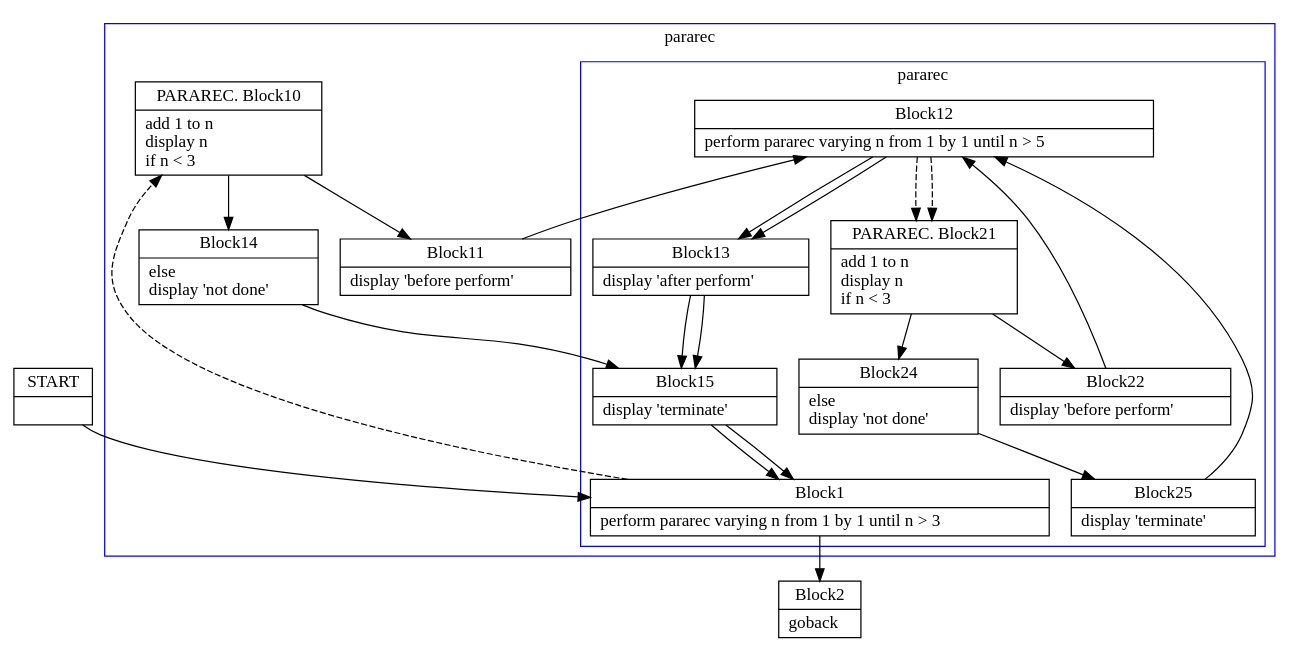
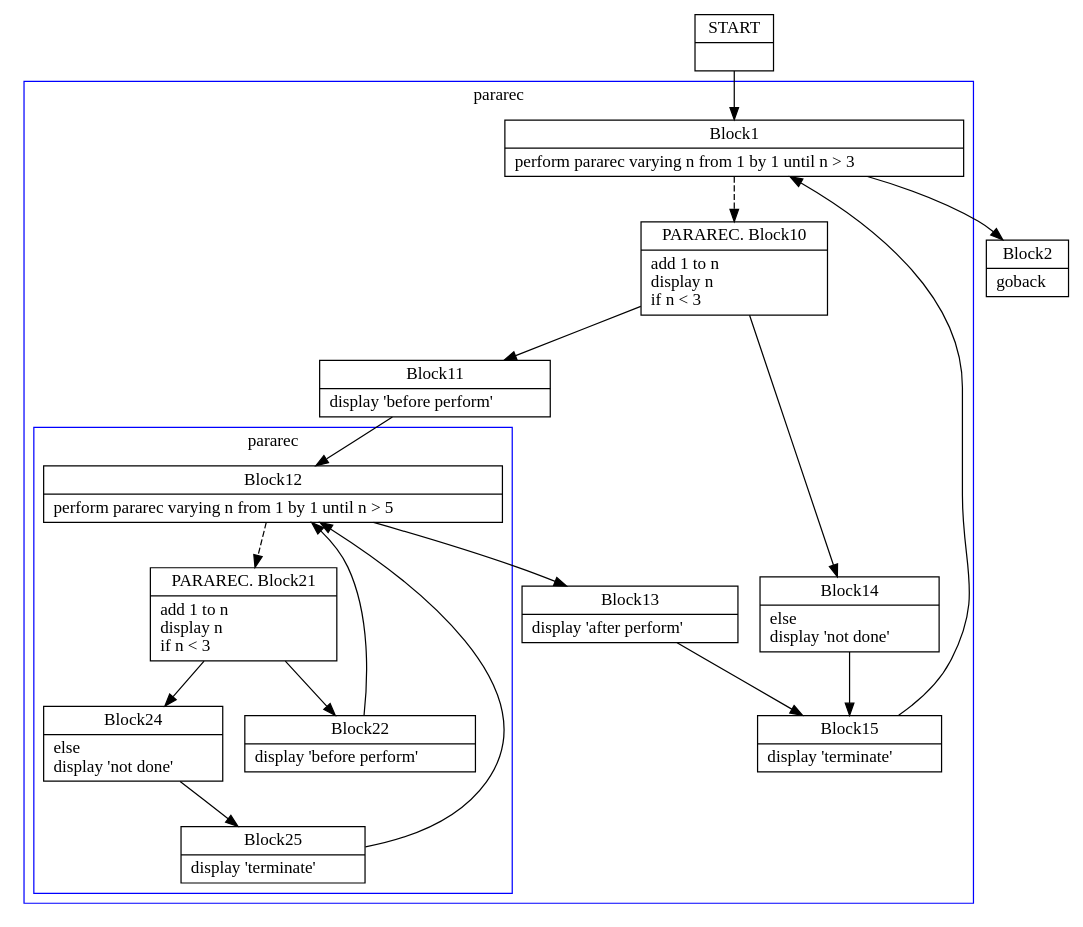
Before and after one commit to TypeCobolTeam/TypeCobol: the diagram in TypeCobol.Analysis.Test/BasicCfgInstrs/PerformProcIterativeRecursive0.dot, drawn with Graphviz. The commit also changed 12 other files, not shown here.

First line of the commit message:
WI #1268 Avoid duplicate outgoing edges in recursive graphs

```diff
--- a/TypeCobol.Analysis.Test/BasicCfgInstrs/PerformProcIterativeRecursive0.dot
+++ b/TypeCobol.Analysis.Test/BasicCfgInstrs/PerformProcIterativeRecursive0.dot
@@ -1,92 +1,78 @@
 digraph Cfg {
 compound=true;
 node [
 shape = "record"
 ]
 
 edge [
 arrowtail = "empty"
 ]
 Block0 [
 label = "{START|}"
 ]
 Block1 [
 label = "{Block1|    perform pararec varying n from 1 by 1 until n \> 3\l}"
 ]
 subgraph cluster_1{
 color = blue;
 label = "pararec";
 Block10 [
 label = "{PARAREC. Block10|    add 1 to n\l    display n\l    if n \< 3\l}"
 ]
 Block11 [
 label = "{Block11|       display 'before perform'\l}"
 ]
 Block12 [
 label = "{Block12|       perform pararec  varying n from 1 by 1 until n \> 5\l}"
 ]
 subgraph cluster_2{
 color = blue;
 label = "pararec";
 Block21 [
 label = "{PARAREC. Block21|    add 1 to n\l    display n\l    if n \< 3\l}"
 ]
 Block22 [
 label = "{Block22|       display 'before perform'\l}"
 ]
-Block12 [
-label = "{Block12|       perform pararec  varying n from 1 by 1 until n \> 5\l}"
-]
-Block12 -> Block21 [style=dashed]
-
-Block13 [
-label = "{Block13|       display 'after perform'\l}"
-]
-Block15 [
-label = "{Block15|    display 'terminate'\l}"
-]
 Block24 [
 label = "{Block24|    else\l       display 'not done'\l}"
 ]
 Block25 [
 label = "{Block25|    display 'terminate'\l}"
 ]
 Block21 -> Block22
 Block21 -> Block24
 Block22 -> Block12
-Block12 -> Block13
-Block13 -> Block15
-Block15 -> Block1
 Block24 -> Block25
 Block25 -> Block12
 
 }
 Block12 -> Block21 [style=dashed]
 
 Block13 [
 label = "{Block13|       display 'after perform'\l}"
 ]
 Block15 [
 label = "{Block15|    display 'terminate'\l}"
 ]
 Block14 [
 label = "{Block14|    else\l       display 'not done'\l}"
 ]
 Block10 -> Block11
 Block10 -> Block14
 Block11 -> Block12
 Block12 -> Block13
 Block13 -> Block15
 Block15 -> Block1
 Block14 -> Block15
 
 }
 Block1 -> Block10 [style=dashed]
 
 Block2 [
 label = "{Block2|    goback\l}"
 ]
 Block0 -> Block1
 Block1 -> Block2
 
 }
```
